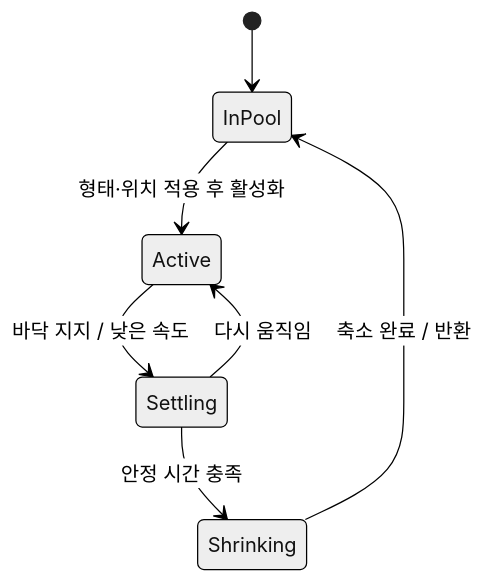
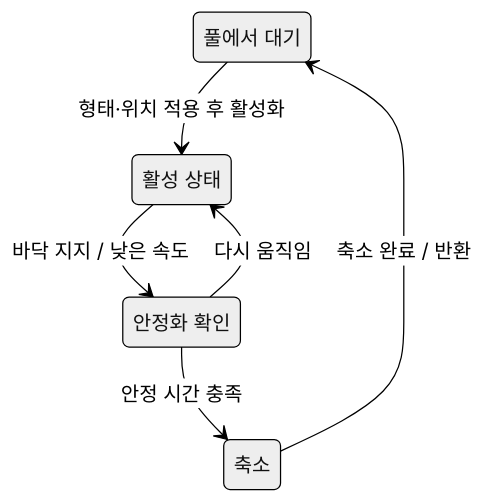
Before and after one commit to keeeery/portfolio: the sixth of 13 diagrams in src/4-ODDITY/TechDoc_ODDITY.md, drawn with Mermaid (neutral theme). The commit also changed other lines of this file and 13 other files, not shown here.

Commit message:
기술 문서: 다이어그램 다듬기와 부가 설명 문구 통일, Arcanist 구조도를 전투·카드 개요로, ODDITY 보스 장 정리와 염동력 시연 GIF, 코드 발췌 머리 주석 통일, 데이터 다시 빌드

````diff
--- a/src/4-ODDITY/TechDoc_ODDITY.md
+++ b/src/4-ODDITY/TechDoc_ODDITY.md
@@ -449,9 +536,14 @@
 ```mermaid
 stateDiagram-v2
-    [*] --> InPool
+    state "풀에서 대기" as InPool
+    state "활성 상태" as Active
+    state "안정화 확인" as Settling
+    state "축소" as Shrinking
     InPool --> Active: 형태·위치 적용 후 활성화
     Active --> Settling: 바닥 지지 / 낮은 속도
     Settling --> Active: 다시 움직임
     Settling --> Shrinking: 안정 시간 충족
     Shrinking --> InPool: 축소 완료 / 반환
+%% 격자: InPool | Active | Settling | Shrinking
+%% 화살표 Shrinking -> InPool: 나감=오른쪽 들어감=오른쪽 거리=104
 ```
````
